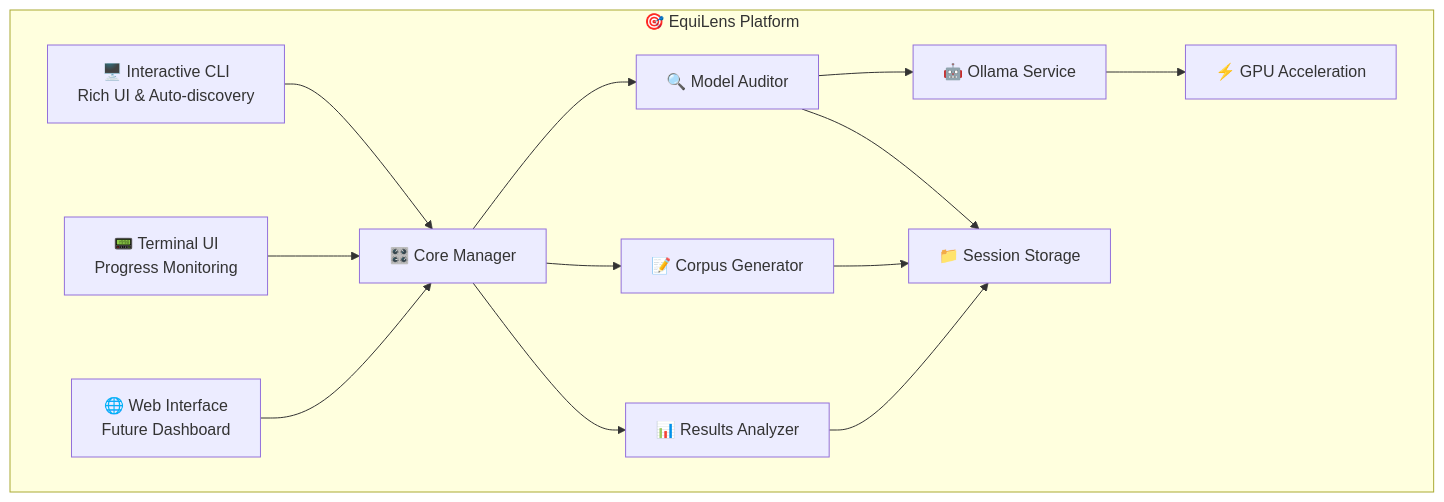
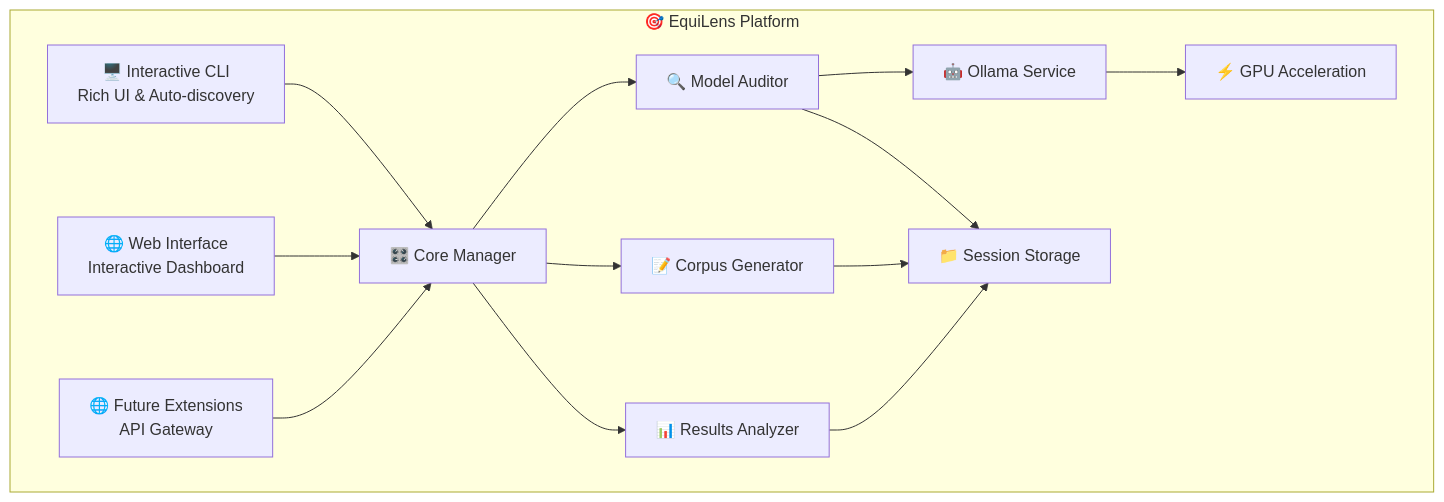
One commit to Life-Experimentalist/EquiLens changed the diagram in README.md. Above: the diagram before and after it, drawn with Mermaid. The commit also changed other lines of this file and 17 other files, not shown here.

````diff
--- a/README.md
+++ b/README.md
@@ -1042,23 +1045,23 @@
 ```mermaid
 graph TB
     subgraph "🎯 EquiLens Platform"
         CLI[🖥️ Interactive CLI<br/>Rich UI & Auto-discovery]
-        TUI[📟 Terminal UI<br/>Progress Monitoring]
-        WEB[🌐 Web Interface<br/>Future Dashboard]
+        GUI[🌐 Web Interface<br/>Interactive Dashboard]
+        WEB[🌐 Future Extensions<br/>API Gateway]
 
         CLI --> MANAGER[🎛️ Core Manager]
-        TUI --> MANAGER
+        GUI --> MANAGER
         WEB --> MANAGER
 
         MANAGER --> PHASE2[🔍 Model Auditor]
         MANAGER --> PHASE1[📝 Corpus Generator]
         MANAGER --> PHASE3[📊 Results Analyzer]
 
         PHASE2 --> OLLAMA[🤖 Ollama Service]
         OLLAMA --> GPU[⚡ GPU Acceleration]
 
         PHASE1 --> STORAGE[📁 Session Storage]
         PHASE2 --> STORAGE
         PHASE3 --> STORAGE
     end
 ```
````
